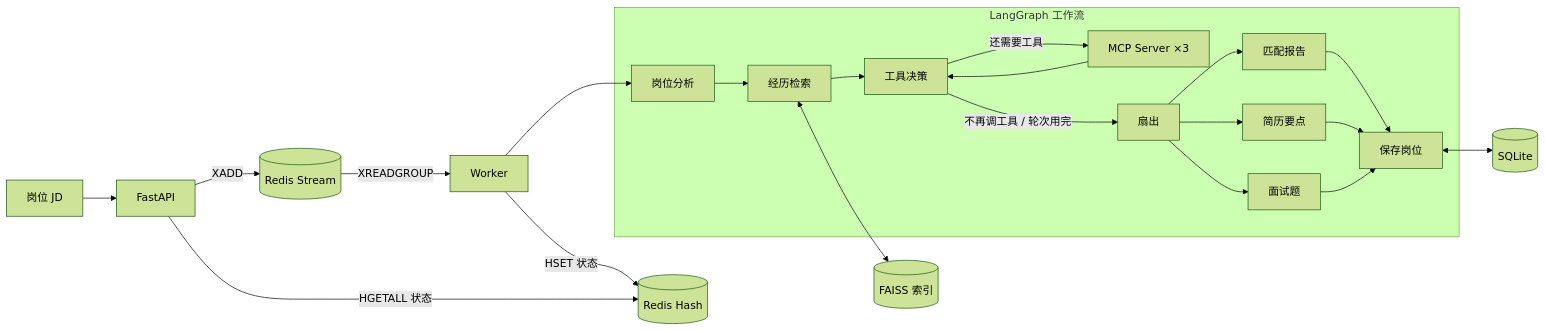
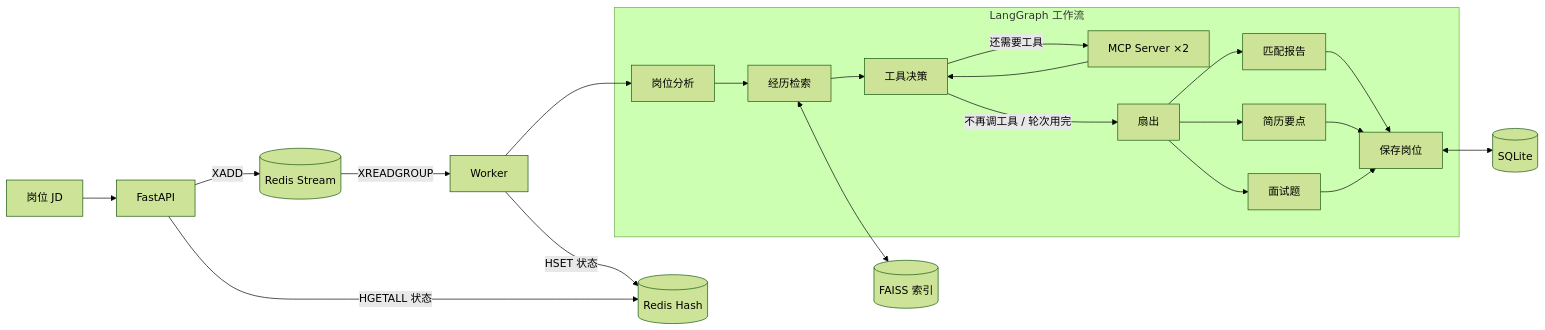
Before and after one commit to hylv123/careerpilot-mcp-agent: the diagram in README.md, drawn with Mermaid (forest theme). The commit also changed other lines of this file and 46 other files, not shown here.

Commit message:
feat: 岗位/资料/原子/事实服务层，MCP 收敛为 2 Server，README 与 gitignore 同步

````diff
--- a/README.md
+++ b/README.md
@@ -50,25 +56,25 @@
 ```mermaid
 flowchart LR
     U[岗位 JD] --> API[FastAPI]
     API -->|XADD| Q[(Redis Stream)]
     Q -->|XREADGROUP| W[Worker]
     W -->|HSET 状态| ST[(Redis Hash)]
     API -->|HGETALL 状态| ST
 
     subgraph G[LangGraph 工作流]
         P[岗位分析] --> R[经历检索] --> A[工具决策]
-        A -->|还需要工具| MC[MCP Server ×3]
+        A -->|还需要工具| MC[MCP Server ×2]
         MC --> A
         A -->|不再调工具 / 轮次用完| D[扇出]
         D --> M[匹配报告]
         D --> B[简历要点]
         D --> QQ[面试题]
         M --> SV[保存岗位]
         B --> SV
         QQ --> SV
     end
 
     W --> P
     R <--> K[(FAISS 索引)]
     SV <--> DB[(SQLite)]
 ```
````
